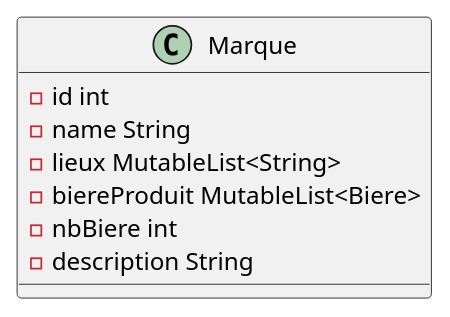
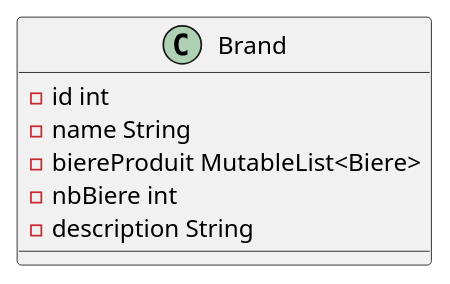
One commit to TheNoobProgrammeur/birudroid changed the diagram in doc/spec/models/uml/marque.puml. Above: the diagram before and after it, drawn with PlantUML. The commit also changed 5 other files, not shown here.

```diff
--- a/doc/spec/models/uml/marque.puml
+++ b/doc/spec/models/uml/marque.puml
@@ -1,12 +1,11 @@
-@startuml Class Marque
+@startuml Class Brand
 
-class Marque {
+class Brand {
     - id int
     - name String
-    - lieux MutableList<String>
     - biereProduit MutableList<Biere>
     - nbBiere int
     - description String
 }
 
 @enduml
```
